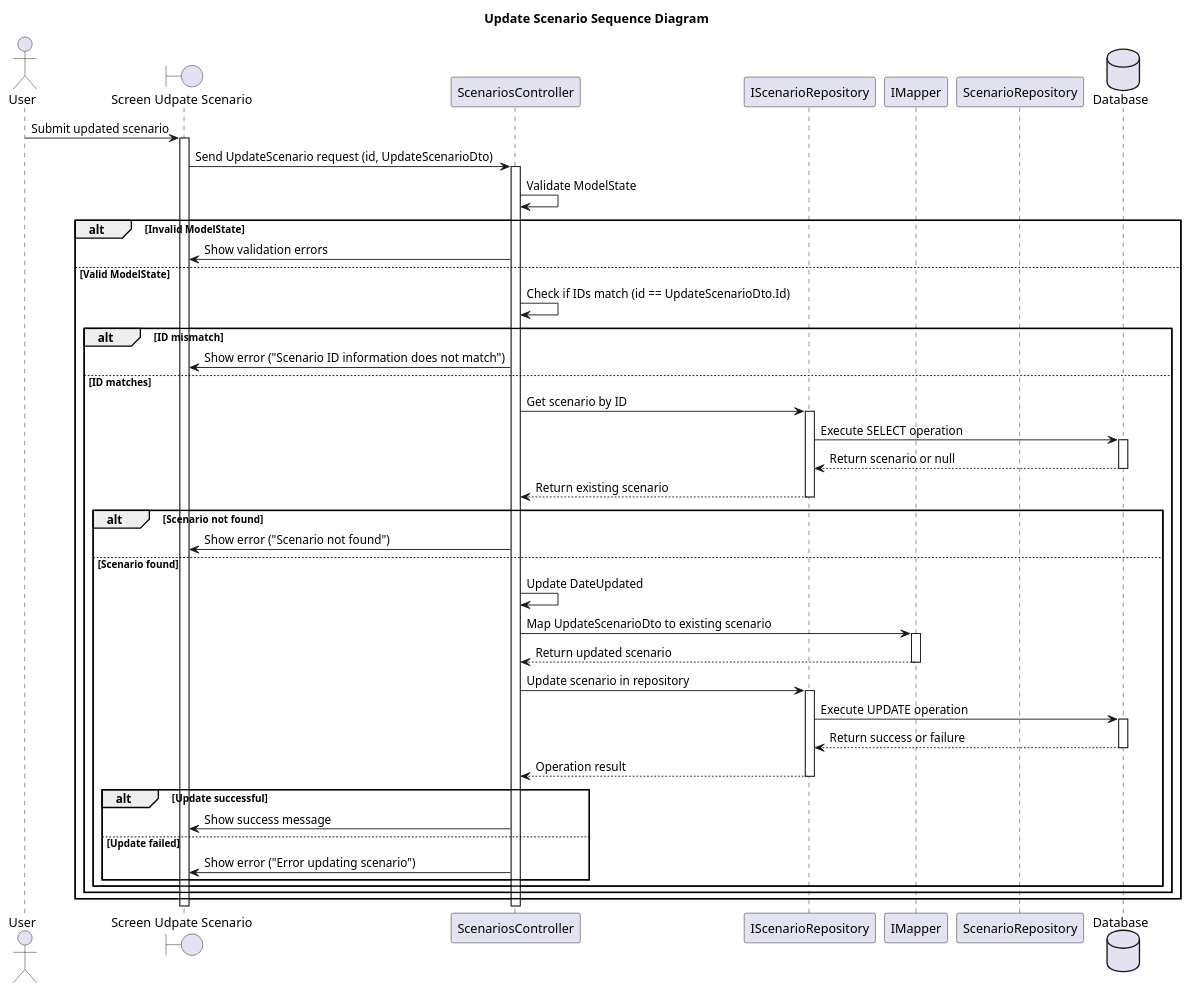
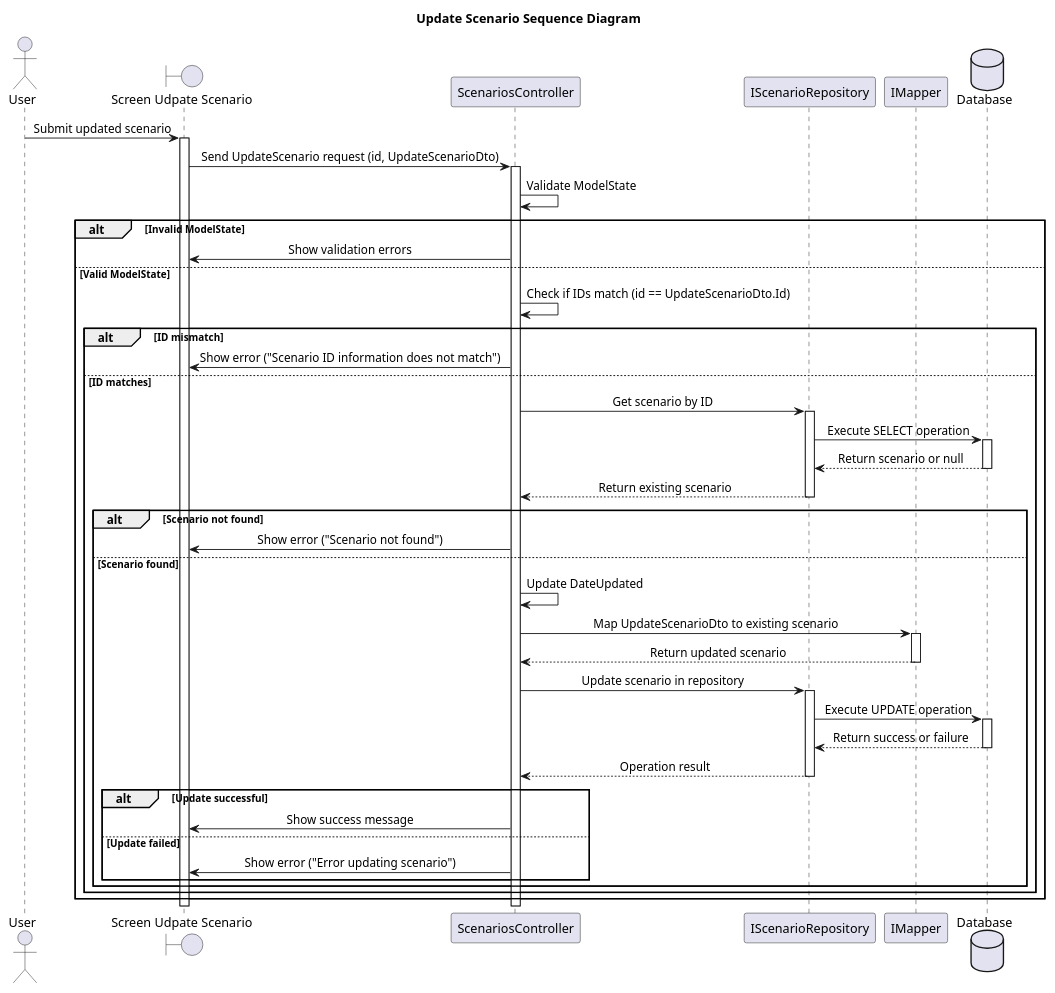
One commit to Caothuludau/InSyncDocument changed the diagram in ClassDiagram/ScenarioManagement/UpdateScenarioSequenceDiagram.plantuml. Above: the diagram before and after it, drawn with PlantUML. The commit also changed 7 other files, not shown here.

Commit message:
code diagram

```diff
--- a/ClassDiagram/ScenarioManagement/UpdateScenarioSequenceDiagram.plantuml
+++ b/ClassDiagram/ScenarioManagement/UpdateScenarioSequenceDiagram.plantuml
@@ -1,62 +1,63 @@
 @startuml UpdateScenarioSequenceDiagram
+skinparam SequenceMessageAlignment center
 Title Update Scenario Sequence Diagram
 actor "User" as U
 boundary "Screen Udpate Scenario" as Screen
 participant "ScenariosController" as SC
 participant "IScenarioRepository" as Repo
 participant "IMapper" as Mapper
-participant "ScenarioRepository" as ScenarioRepo
+
 database "Database" as DB
 
 U -> Screen : Submit updated scenario
 activate Screen
 Screen -> SC : Send UpdateScenario request (id, UpdateScenarioDto)
 activate SC
 
 
     SC -> SC : Validate ModelState
     alt Invalid ModelState
         SC -> Screen : Show validation errors
     else Valid ModelState
         SC -> SC : Check if IDs match (id == UpdateScenarioDto.Id)
         alt ID mismatch
             SC -> Screen : Show error ("Scenario ID information does not match")
         else ID matches
             SC -> Repo : Get scenario by ID
             activate Repo
             Repo -> DB : Execute SELECT operation
             activate DB
             DB --> Repo : Return scenario or null
             deactivate DB
             Repo --> SC : Return existing scenario
             deactivate Repo
 
             alt Scenario not found
                 SC -> Screen : Show error ("Scenario not found")
             else Scenario found
                 SC -> SC : Update DateUpdated
                 SC -> Mapper : Map UpdateScenarioDto to existing scenario
                 activate Mapper
                 Mapper --> SC : Return updated scenario
                 deactivate Mapper
 
                 SC -> Repo : Update scenario in repository
                 activate Repo
                 Repo -> DB : Execute UPDATE operation
                 activate DB
                 DB --> Repo : Return success or failure
                 deactivate DB
                 Repo --> SC : Operation result
                 deactivate Repo
 
                 alt Update successful 
                     SC -> Screen : Show success message
                 else Update failed
                     SC -> Screen : Show error ("Error updating scenario")
                 end
             end
         end
     end
 
 
 @enduml
```
